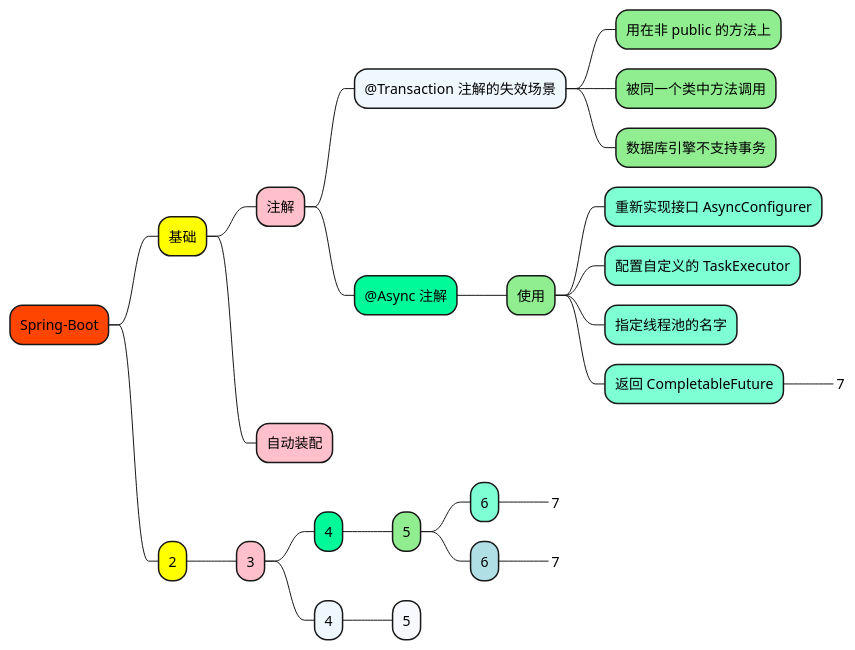
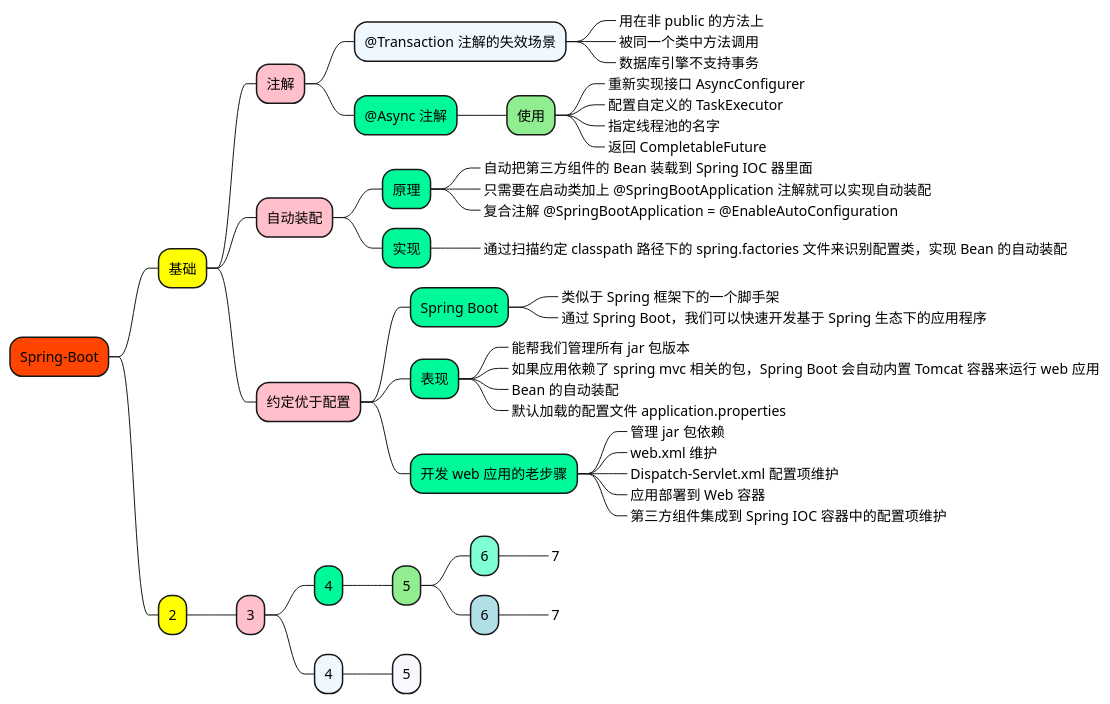
One commit to doveg/self-cultivation-of-a-software-engineer changed the diagram in 1_map/2-framework/Spring-Boot.puml. Above: the diagram before and after it, drawn with PlantUML. The commit also changed 16 other files, not shown here.

```diff
--- a/1_map/2-framework/Spring-Boot.puml
+++ b/1_map/2-framework/Spring-Boot.puml
@@ -1,40 +1,70 @@
 @startmindmap
 
 +[#OrangeRed] Spring-Boot
 
 ++[#yellow] 基础
 
 +++[#Pink] 注解
 
 ++++[#AliceBlue] @Transaction 注解的失效场景
-+++++[#LightGreen] 用在非 public 的方法上
-+++++[#LightGreen] 被同一个类中方法调用
-+++++[#LightGreen] 数据库引擎不支持事务
++++++[#LightGreen]_ 用在非 public 的方法上
++++++[#LightGreen]_ 被同一个类中方法调用
++++++[#LightGreen]_ 数据库引擎不支持事务
 
 ++++[#MediumSpringGreen] @Async 注解
 +++++[#LightGreen] 使用
-++++++[#Aquamarine] 重新实现接口 AsyncConfigurer
-++++++[#Aquamarine] 配置自定义的 TaskExecutor
-++++++[#Aquamarine] 指定线程池的名字
-++++++[#Aquamarine] 返回 CompletableFuture
-+++++++[#Aquamarine]_ 7
+++++++[#Aquamarine]_ 重新实现接口 AsyncConfigurer
+++++++[#Aquamarine]_ 配置自定义的 TaskExecutor
+++++++[#Aquamarine]_ 指定线程池的名字
+++++++[#Aquamarine]_ 返回 CompletableFuture
 
 
 +++[#Pink] 自动装配
+
+++++[#MediumSpringGreen] 原理
++++++[#LightGreen]_ 自动把第三方组件的 Bean 装载到 Spring IOC 器里面
++++++[#LightGreen]_ 只需要在启动类加上 @SpringBootApplication 注解就可以实现自动装配
++++++[#LightGreen]_ 复合注解 @SpringBootApplication = @EnableAutoConfiguration
+
+++++[#MediumSpringGreen] 实现
++++++[#LightGreen]_ 通过扫描约定 classpath 路径下的 spring.factories 文件来识别配置类，实现 Bean 的自动装配
+
+
++++[#Pink] 约定优于配置
+
+++++[#MediumSpringGreen] Spring Boot
++++++[#LightGreen]_ 类似于 Spring 框架下的一个脚手架
++++++[#LightGreen]_ 通过 Spring Boot，我们可以快速开发基于 Spring 生态下的应用程序
+
+++++[#MediumSpringGreen] 表现
++++++[#LightGreen]_ 能帮我们管理所有 jar 包版本
++++++[#LightGreen]_ 如果应用依赖了 spring mvc 相关的包，Spring Boot 会自动内置 Tomcat 容器来运行 web 应用
++++++[#LightGreen]_ Bean 的自动装配
++++++[#LightGreen]_ 默认加载的配置文件 application.properties
+
+++++[#MediumSpringGreen] 开发 web 应用的老步骤
++++++[#LightGreen]_ 管理 jar 包依赖
++++++[#LightGreen]_ web.xml 维护
++++++[#LightGreen]_ Dispatch-Servlet.xml 配置项维护
++++++[#LightGreen]_ 应用部署到 Web 容器
++++++[#LightGreen]_ 第三方组件集成到 Spring IOC 容器中的配置项维护
+
+
+
 
 
 ++[#yellow] 2
 
 +++[#Pink] 3
 
 ++++[#MediumSpringGreen] 4
 +++++[#LightGreen] 5
 ++++++[#Aquamarine] 6
 +++++++[#Aquamarine]_ 7
 ++++++[#PowderBlue] 6
 +++++++[#PowderBlue]_ 7
 ++++[#AliceBlue] 4
 +++++[#GhostWhite] 5
 
 
 @endmindmap
```
